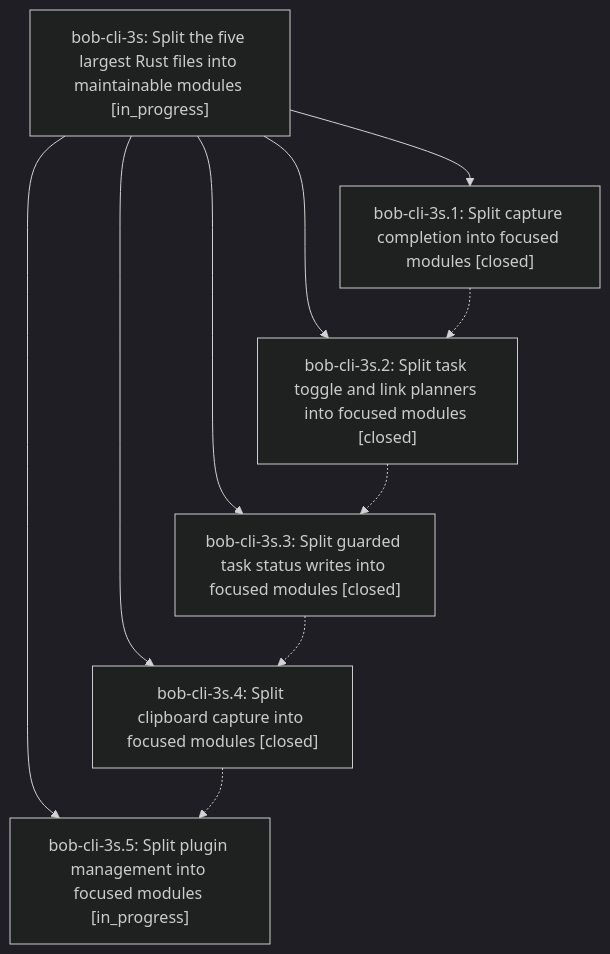
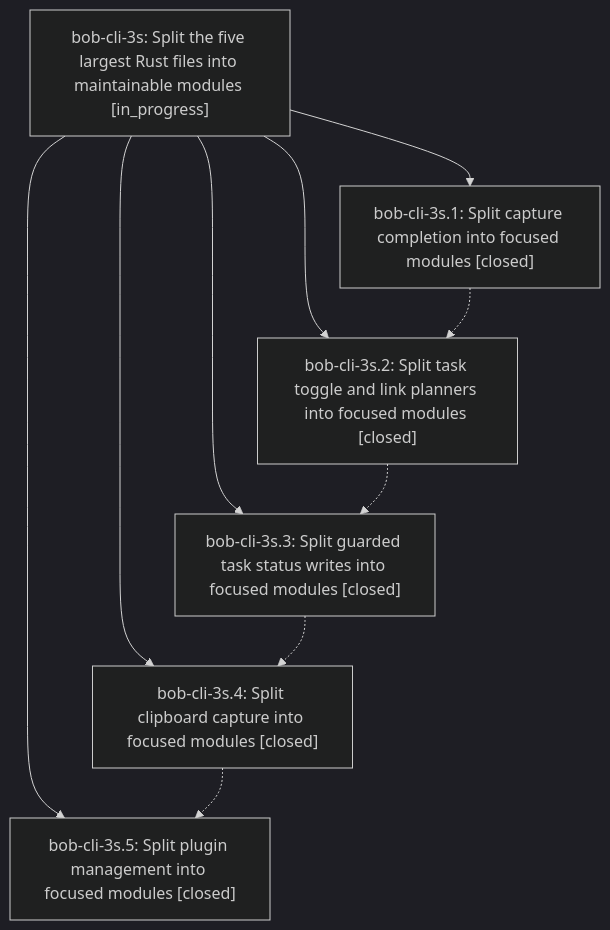
One commit to bobs-org/bob-cli--beads changed the diagram in pages/bob-cli-3s/README.md. Above: the diagram before and after it, drawn with Mermaid (dark theme). The commit also changed other lines of this file and 2 other files, not shown here.

First line of the commit message:
chore(beads): sync bead state and pages for bob-cli-3s

````diff
--- a/pages/bob-cli-3s/README.md
+++ b/pages/bob-cli-3s/README.md
@@ -26,18 +26,18 @@
 ```mermaid
 flowchart TD
     n0["bob-cli-3s: Split the five largest Rust files into maintainable modules [in_progress]"]
     n1["bob-cli-3s.1: Split capture completion into focused modules [closed]"]
     n2["bob-cli-3s.2: Split task toggle and link planners into focused modules [closed]"]
     n3["bob-cli-3s.3: Split guarded task status writes into focused modules [closed]"]
     n4["bob-cli-3s.4: Split clipboard capture into focused modules [closed]"]
-    n5["bob-cli-3s.5: Split plugin management into focused modules [in_progress]"]
+    n5["bob-cli-3s.5: Split plugin management into focused modules [closed]"]
     n0 --> n1
     n0 --> n2
     n0 --> n3
     n0 --> n4
     n0 --> n5
     n1 -.-> n2
     n2 -.-> n3
     n3 -.-> n4
     n4 -.-> n5
 ```
````
